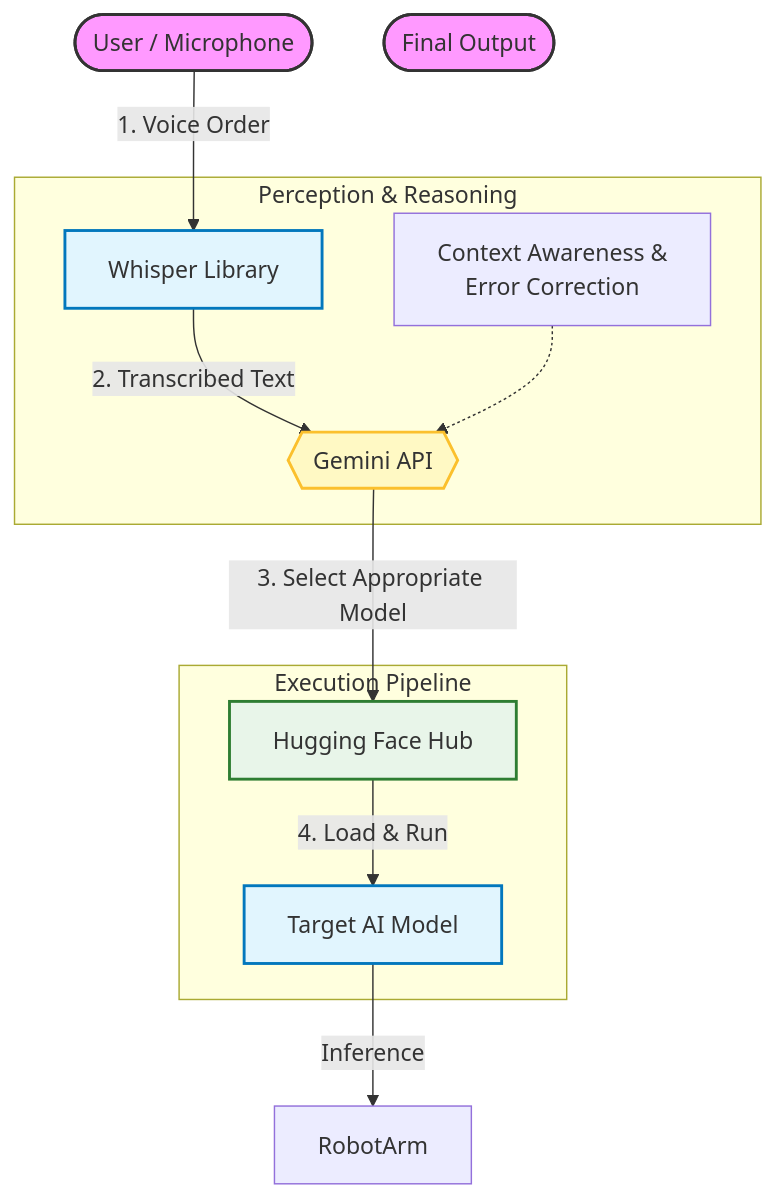
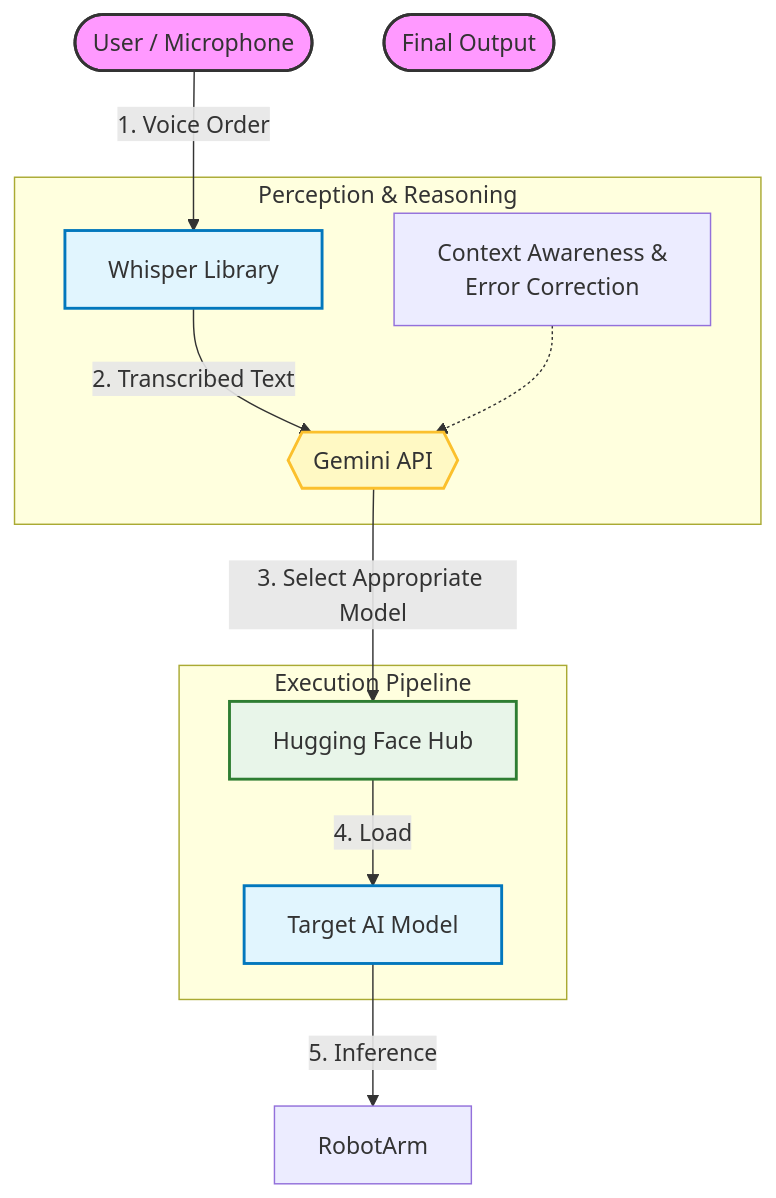
One commit to Hank-LL/AMD_Robotics_Hackathon_2025_Team27 changed the diagram in mission2/README.md. Above: the diagram before and after it, drawn with Mermaid.

````diff
--- a/mission2/README.md
+++ b/mission2/README.md
@@ -22,33 +22,33 @@
 ```mermaid
  graph TD
     %% Define Styles
     classDef input fill:#f9f,stroke:#333,stroke-width:2px;
     classDef process fill:#e1f5fe,stroke:#0277bd,stroke-width:2px;
     classDef logic fill:#fff9c4,stroke:#fbc02d,stroke-width:2px;
     classDef storage fill:#e8f5e9,stroke:#2e7d32,stroke-width:2px;
 
     %% Nodes
     User([User / Microphone]):::input
     Whisper[Whisper Library]:::process
     Gemini{{Gemini API}}:::logic
     HF_Hub[Hugging Face Hub]:::storage
     TargetModel[Target AI Model]:::process
     Result([Final Output]):::input
 
     %% Flow
     User -->|1. Voice Order| Whisper
     
     subgraph "Perception & Reasoning"
         Whisper -->|2. Transcribed Text| Gemini
         
         %% Note for Gemini's role
         note_g[Context Awareness &<br/>Error Correction] -.-> Gemini
     end
 
     subgraph "Execution Pipeline"
         Gemini -->|3. Select Appropriate Model| HF_Hub
-        HF_Hub -->|4. Load & Run| TargetModel
+        HF_Hub -->|4. Load| TargetModel
     end
 
-    TargetModel -->|Inference| RobotArm
+    TargetModel -->|5. Inference| RobotArm
 ```
````
